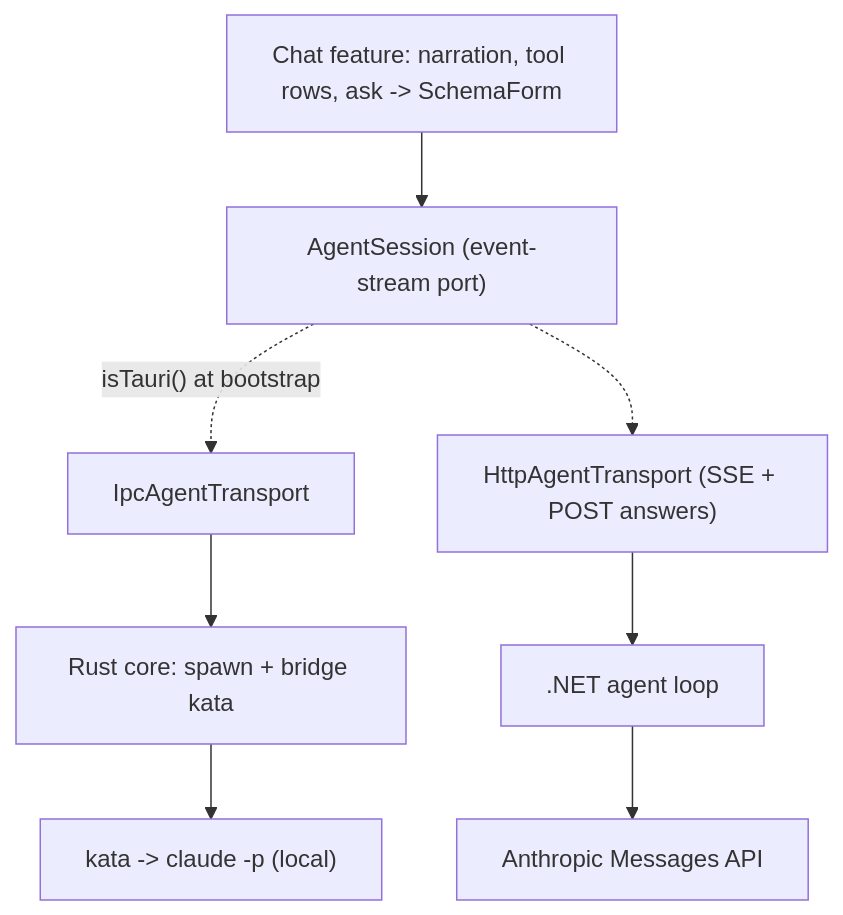
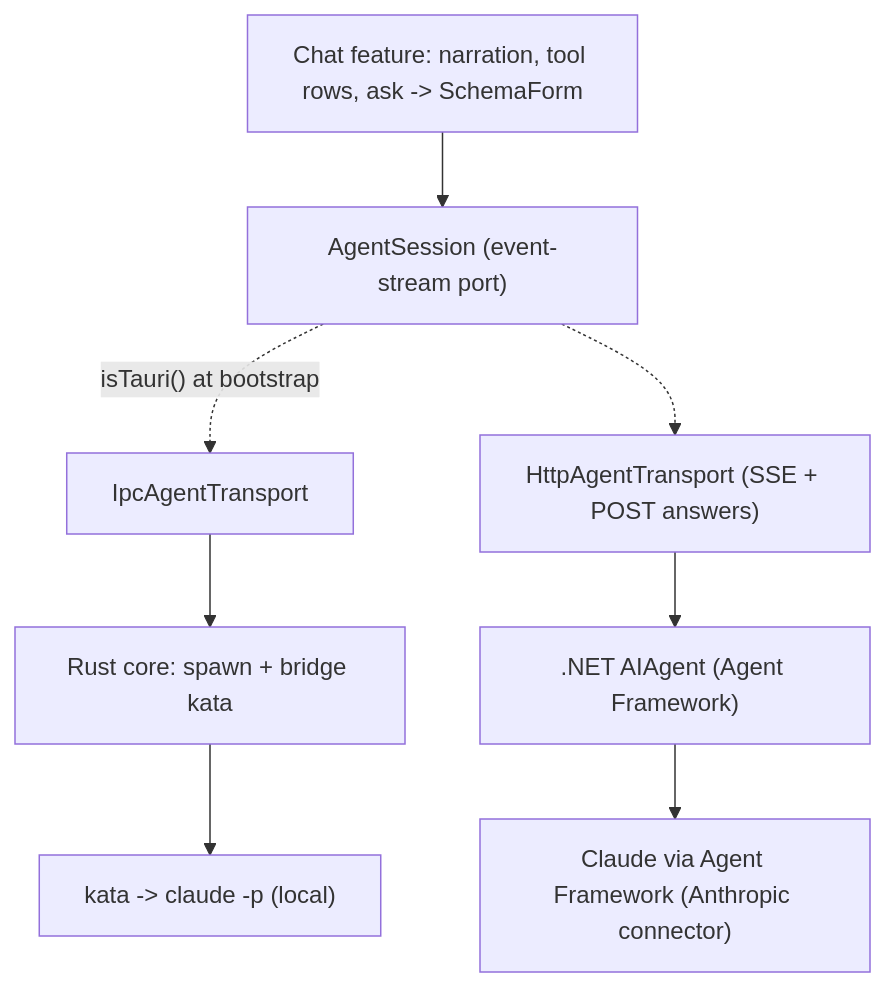
One commit to satish-krishna/jig changed the diagram in docs/superpowers/specs/2026-07-03-agent-streaming-design.md. Above: the diagram before and after it, drawn with Mermaid. The commit also changed other lines of this file, not shown here.

Commit message:
docs(repo): web agent provider uses Microsoft Agent Framework (Claude via Anthropic connector)

````diff
--- a/docs/superpowers/specs/2026-07-03-agent-streaming-design.md
+++ b/docs/superpowers/specs/2026-07-03-agent-streaming-design.md
@@ -30,10 +30,10 @@
 ```mermaid
 flowchart TD
     UI["Chat feature: narration, tool rows, ask -> SchemaForm"] --> Sess["AgentSession (event-stream port)"]
     Sess -. "isTauri() at bootstrap" .-> IpcS["IpcAgentTransport"]
     Sess -.-> SseS["HttpAgentTransport (SSE + POST answers)"]
     IpcS --> Rust["Rust core: spawn + bridge kata"]
-    SseS --> Net[".NET agent loop"]
+    SseS --> Net[".NET AIAgent (Agent Framework)"]
     Rust --> Kata["kata -> claude -p (local)"]
-    Net --> Anthropic["Anthropic Messages API"]
+    Net --> Anthropic["Claude via Agent Framework (Anthropic connector)"]
 ```
````
